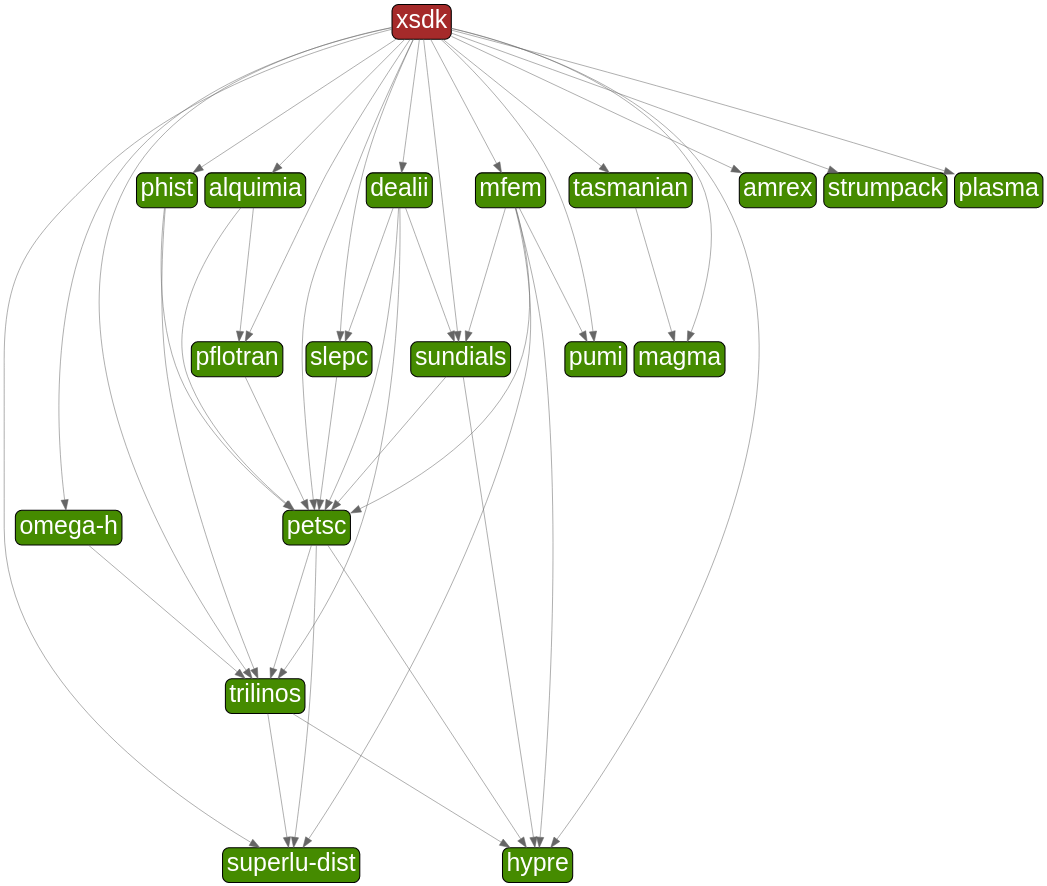
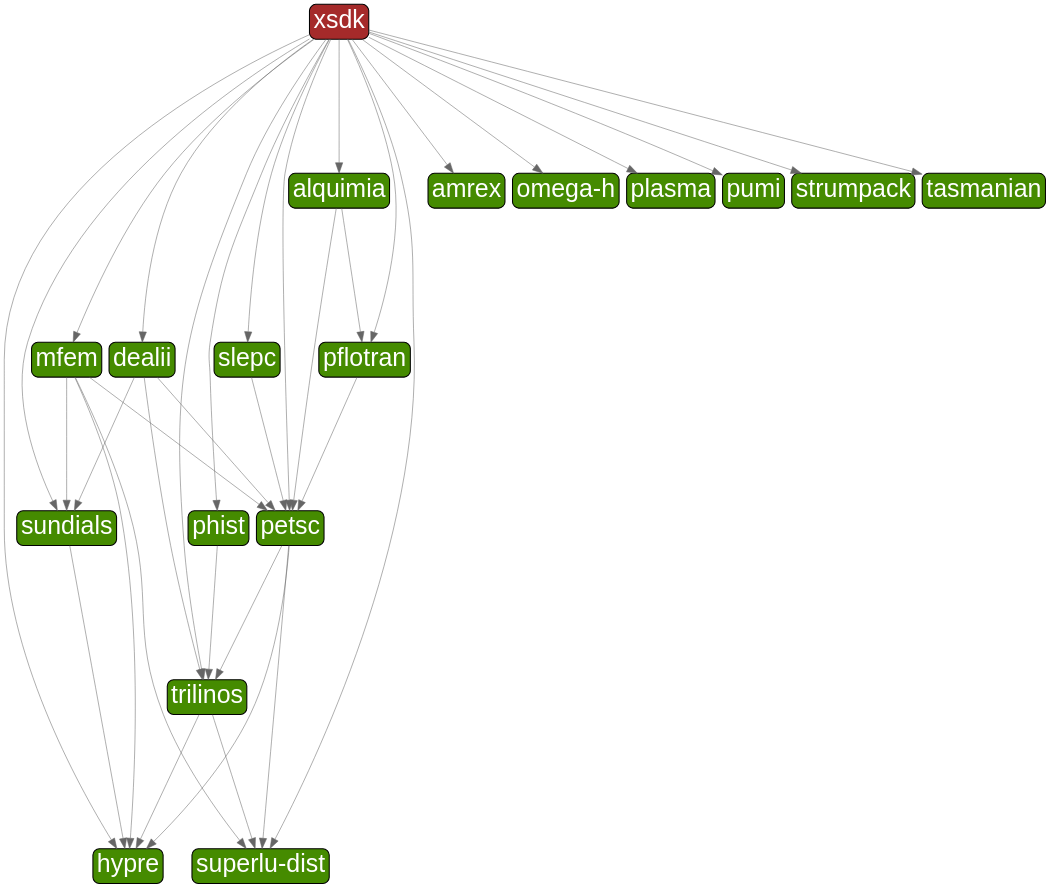
The diagram in xsdk_pkgsonly.dot (xsdk-project/xsdk-diagram), drawn with Graphviz before and after one commit. The commit also changed 1 other file, not shown here.

Commit message:
update 0.4.0 dot files with non-static spack graph output

```diff
--- a/xsdk_pkgsonly.dot
+++ b/xsdk_pkgsonly.dot
@@ -1,85 +1,77 @@
 digraph G {
   labelloc = "b"
   rankdir = "TB"
   ranksep = "1"
   ratio = ".9"
   nodesep = ".2"
   bgcolor = "transparent"
 edge[
      penwidth = "1"
      color = "#666666"
      arrowsize = "2"
 ]
 node[
      fontname=Arial,
      penwidth=2,
      fontsize=48,
      margin=.1,
      shape=box,
      fillcolor=brown,
      fontcolor=white,
      style="rounded,filled"]
 
-  "phist" [label="phist", fillcolor="chartreuse4"]
-  "magma" [label="magma", fillcolor="chartreuse4"]
-  "trilinos" [label="trilinos", fillcolor="chartreuse4"]
-  "alquimia" [label="alquimia", fillcolor="chartreuse4"]
-  "amrex" [label="amrex", fillcolor="chartreuse4"]
-  "slepc" [label="slepc", fillcolor="chartreuse4"]
-  "pumi" [label="pumi", fillcolor="chartreuse4"]
-  "tasmanian" [label="tasmanian", fillcolor="chartreuse4"]
-  "strumpack" [label="strumpack", fillcolor="chartreuse4"]
-  "superlu-dist" [label="superlu-dist", fillcolor="chartreuse4"]
-  "pflotran" [label="pflotran", fillcolor="chartreuse4"]
-  "mfem" [label="mfem", fillcolor="chartreuse4"]
-  "sundials" [label="sundials", fillcolor="chartreuse4"]
-  "omega-h" [label="omega-h", fillcolor="chartreuse4"]
   "xsdk" [label="xsdk"]
-  "petsc" [label="petsc", fillcolor="chartreuse4"]
-  "dealii" [label="dealii", fillcolor="chartreuse4"]
-  "hypre" [label="hypre", fillcolor="chartreuse4"]
-  "plasma" [label="plasma", fillcolor="chartreuse4"]
+  "alquimia" [label="alquimia",fillcolor="chartreuse4"]
+  "petsc" [label="petsc",fillcolor="chartreuse4"]
+  "hypre" [label="hypre",fillcolor="chartreuse4"]
+  "superlu-dist" [label="superlu-dist",fillcolor="chartreuse4"]
+  "trilinos" [label="trilinos",fillcolor="chartreuse4"]
+  "pflotran" [label="pflotran",fillcolor="chartreuse4"]
+  "amrex" [label="amrex",fillcolor="chartreuse4"]
+  "dealii" [label="dealii",fillcolor="chartreuse4"]
+  "sundials" [label="sundials",fillcolor="chartreuse4"]
+  "mfem" [label="mfem",fillcolor="chartreuse4"]
+  "omega-h" [label="omega-h",fillcolor="chartreuse4"]
+  "phist" [label="phist",fillcolor="chartreuse4"]
+  "plasma" [label="plasma",fillcolor="chartreuse4"]
+  "pumi" [label="pumi",fillcolor="chartreuse4"]
+  "slepc" [label="slepc",fillcolor="chartreuse4"]
+  "strumpack" [label="strumpack",fillcolor="chartreuse4"]
+  "tasmanian" [label="tasmanian",fillcolor="chartreuse4"]
 
-  "tasmanian" -> "magma"
+  "slepc" -> "petsc"
+  "trilinos" -> "hypre"
+  "alquimia" -> "pflotran"
+  "xsdk" -> "slepc"
+  "petsc" -> "hypre"
+  "mfem" -> "petsc"
+  "pflotran" -> "petsc"
+  "dealii" -> "petsc"
+  "xsdk" -> "dealii"
   "xsdk" -> "mfem"
+  "trilinos" -> "superlu-dist"
+  "dealii" -> "trilinos"
+  "xsdk" -> "phist"
+  "xsdk" -> "superlu-dist"
+  "xsdk" -> "strumpack"
+  "xsdk" -> "sundials"
+  "xsdk" -> "plasma"
+  "petsc" -> "superlu-dist"
+  "sundials" -> "hypre"
+  "xsdk" -> "trilinos"
+  "phist" -> "trilinos"
+  "mfem" -> "hypre"
+  "alquimia" -> "petsc"
+  "xsdk" -> "amrex"
+  "xsdk" -> "pumi"
+  "xsdk" -> "petsc"
+  "xsdk" -> "tasmanian"
+  "petsc" -> "trilinos"
+  "xsdk" -> "alquimia"
+  "dealii" -> "sundials"
   "mfem" -> "superlu-dist"
-  "mfem" -> "petsc"
-  "slepc" -> "petsc"
-  "xsdk" -> "plasma"
-  "petsc" -> "hypre"
-  "trilinos" -> "hypre"
-  "phist" -> "trilinos"
-  "dealii" -> "trilinos"
-  "xsdk" -> "magma"
-  "alquimia" -> "pflotran"
-  "xsdk" -> "superlu-dist"
+  "mfem" -> "sundials"
+  "xsdk" -> "hypre"
+  "xsdk" -> "omega-h"
   "xsdk" -> "pflotran"
-  "xsdk" -> "pumi"
-  "mfem" -> "sundials"
-  "xsdk" -> "trilinos"
-  "alquimia" -> "petsc"
-  "xsdk" -> "petsc"
-  "xsdk" -> "strumpack"
-  "omega-h" -> "trilinos"
-  "petsc" -> "superlu-dist"
-  "xsdk" -> "alquimia"
-  "sundials" -> "petsc"
-  "mfem" -> "hypre"
-  "phist" -> "petsc"
-  "mfem" -> "pumi"
-  "xsdk" -> "amrex"
-  "dealii" -> "petsc"
-  "petsc" -> "trilinos"
-  "xsdk" -> "dealii"
-  "xsdk" -> "phist"
-  "xsdk" -> "sundials"
-  "xsdk" -> "omega-h"
-  "xsdk" -> "hypre"
-  "dealii" -> "slepc"
-  "xsdk" -> "tasmanian"
-  "dealii" -> "sundials"
-  "sundials" -> "hypre"
-  "pflotran" -> "petsc"
-  "xsdk" -> "slepc"
-  "trilinos" -> "superlu-dist"
 }
```
